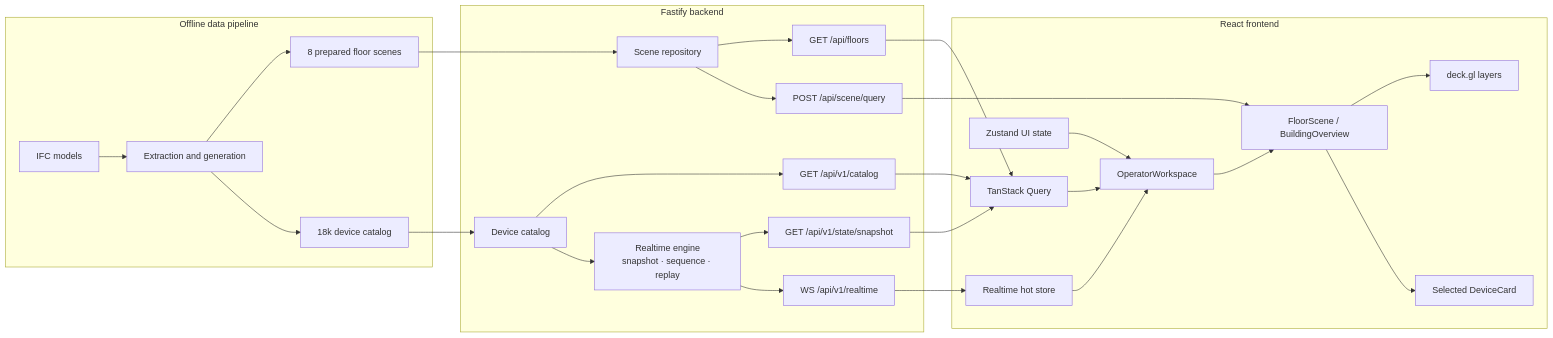
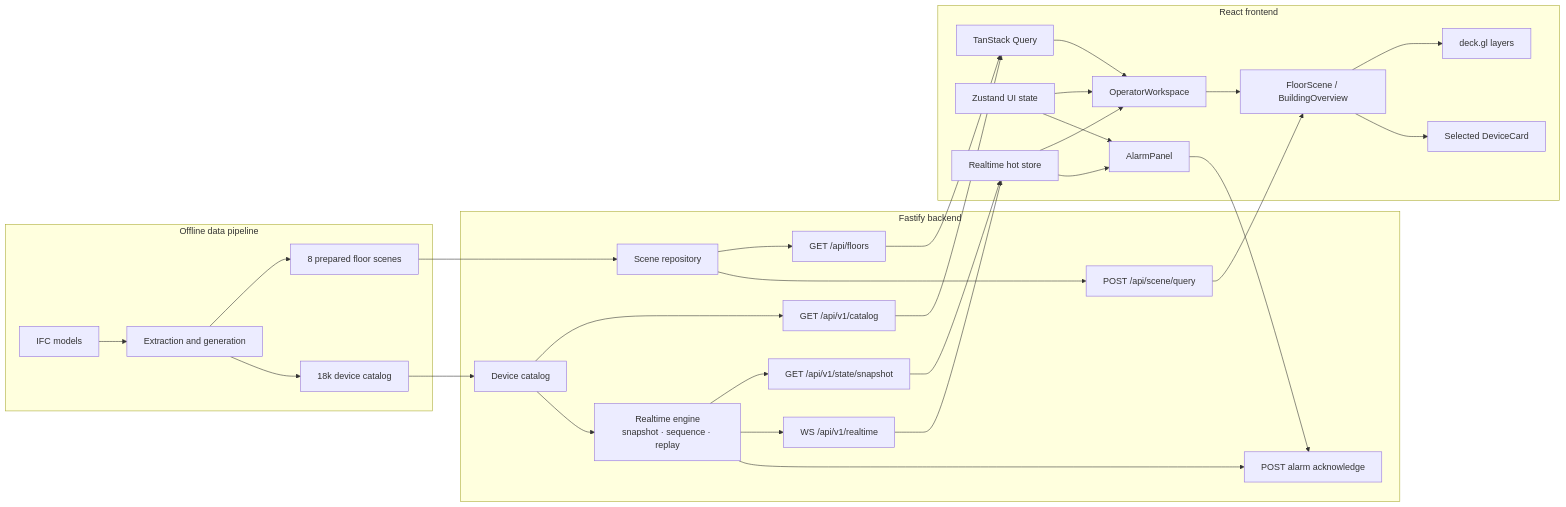
One commit to mbob72/building-operator-demo changed the diagram in docs/architecture.md. Above: the diagram before and after it, drawn with Mermaid. The commit also changed other lines of this file and 54 other files, not shown here.

````diff
--- a/docs/architecture.md
+++ b/docs/architecture.md
@@ -7,56 +7,62 @@
 ```mermaid
 flowchart LR
     subgraph Offline["Offline data pipeline"]
         IFC["IFC models"]
         Pipeline["Extraction and generation"]
         Scenes["8 prepared floor scenes"]
         CatalogFile["18k device catalog"]
 
         IFC --> Pipeline
         Pipeline --> Scenes
         Pipeline --> CatalogFile
     end
 
     subgraph Backend["Fastify backend"]
         SceneRepo["Scene repository"]
         CatalogRepo["Device catalog"]
         RealtimeEngine["Realtime engine<br/>snapshot · sequence · replay"]
         FloorsAPI["GET /api/floors"]
         SceneAPI["POST /api/scene/query"]
         CatalogAPI["GET /api/v1/catalog"]
         SnapshotAPI["GET /api/v1/state/snapshot"]
         RealtimeAPI["WS /api/v1/realtime"]
+        AckAPI["POST alarm acknowledge"]
 
         SceneRepo --> FloorsAPI
         SceneRepo --> SceneAPI
         CatalogRepo --> CatalogAPI
         CatalogRepo --> RealtimeEngine
         RealtimeEngine --> SnapshotAPI
         RealtimeEngine --> RealtimeAPI
+        RealtimeEngine --> AckAPI
     end
 
     subgraph Frontend["React frontend"]
         Query["TanStack Query"]
         Store["Zustand UI state"]
         Hot["Realtime hot store"]
         Workspace["OperatorWorkspace"]
         Renderers["FloorScene / BuildingOverview"]
         Deck["deck.gl layers"]
         Card["Selected DeviceCard"]
+        AlarmPanel["AlarmPanel"]
 
         Query --> Workspace
         Store --> Workspace
         Hot --> Workspace
         Workspace --> Renderers
         Renderers --> Deck
         Renderers --> Card
+        Hot --> AlarmPanel
+        Store --> AlarmPanel
     end
 
     Scenes --> SceneRepo
     CatalogFile --> CatalogRepo
     FloorsAPI --> Query
     CatalogAPI --> Query
-    SnapshotAPI --> Query
+    SnapshotAPI --> Hot
     RealtimeAPI --> Hot
+    AlarmPanel --> AckAPI
     SceneAPI --> Renderers
 ```
````
